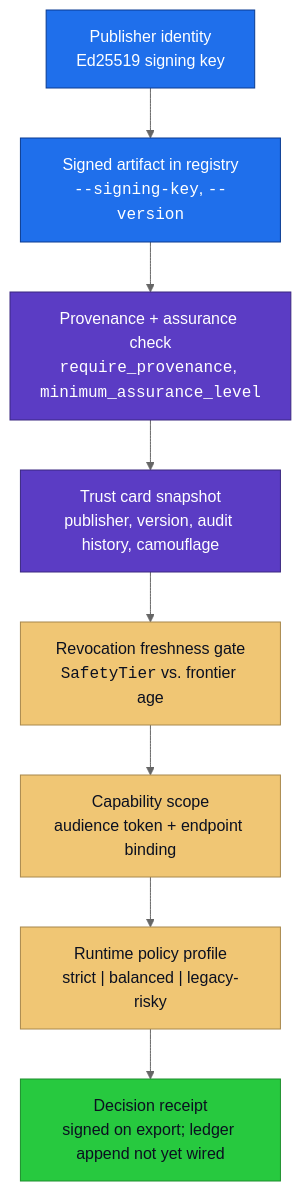
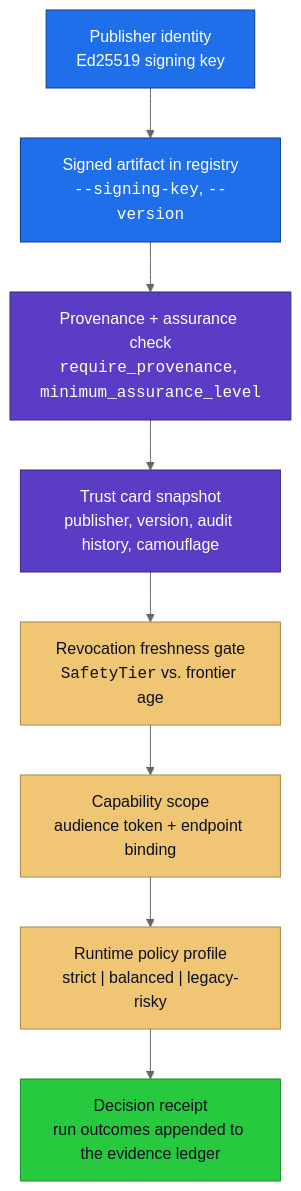
One commit to Dicklesworthstone/franken_node changed the third of 4 diagrams in README.md. Above: the diagram before and after it, drawn with Mermaid (neutral theme). The commit also changed other lines of this file and 24 other files, not shown here.

````diff
--- a/README.md
+++ b/README.md
@@ -1221,19 +1221,19 @@
 ```mermaid
 flowchart TD
     A["Publisher identity<br/>Ed25519 signing key"] --> B["Signed artifact in registry<br/><code>--signing-key</code>, <code>--version</code>"]
     B --> C["Provenance + assurance check<br/><code>require_provenance</code>, <code>minimum_assurance_level</code>"]
     C --> D["Trust card snapshot<br/>publisher, version, audit history, camouflage"]
     D --> E["Revocation freshness gate<br/><code>SafetyTier</code> vs. frontier age"]
     E --> F["Capability scope<br/>audience token + endpoint binding"]
     F --> G["Runtime policy profile<br/>strict | balanced | legacy-risky"]
-    G --> H["Decision receipt<br/>signed on export; ledger append not yet wired"]
+    G --> H["Decision receipt<br/>run outcomes appended to the evidence ledger"]
 
     classDef identity fill:#1f6feb,color:#fff,stroke:#0a3b91;
     classDef storage fill:#5b3cc4,color:#fff,stroke:#3a2780;
     classDef policy fill:#f0c674,color:#0b1020,stroke:#a8884c;
     classDef audit fill:#27c93f,color:#0b1020,stroke:#1d8e2c;
     class A,B identity;
     class C,D storage;
     class E,F,G policy;
     class H audit;
 ```
````
